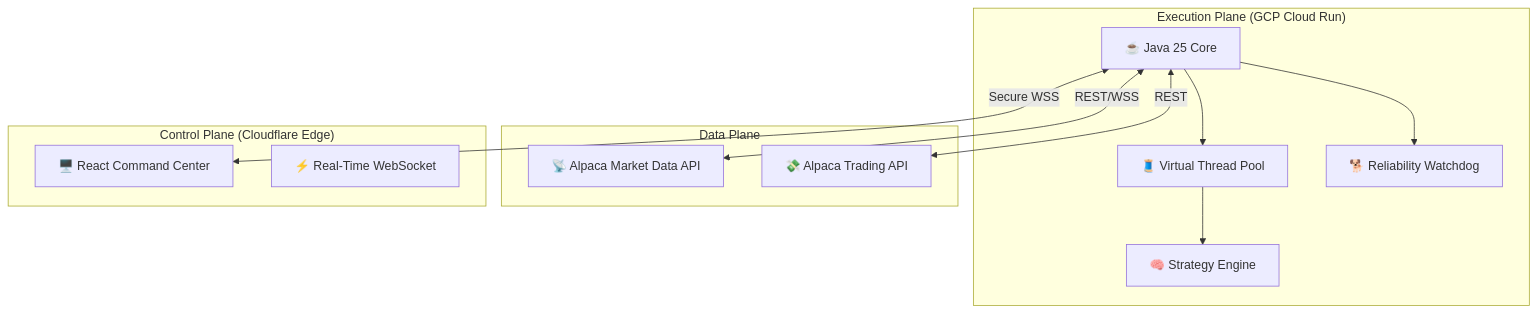
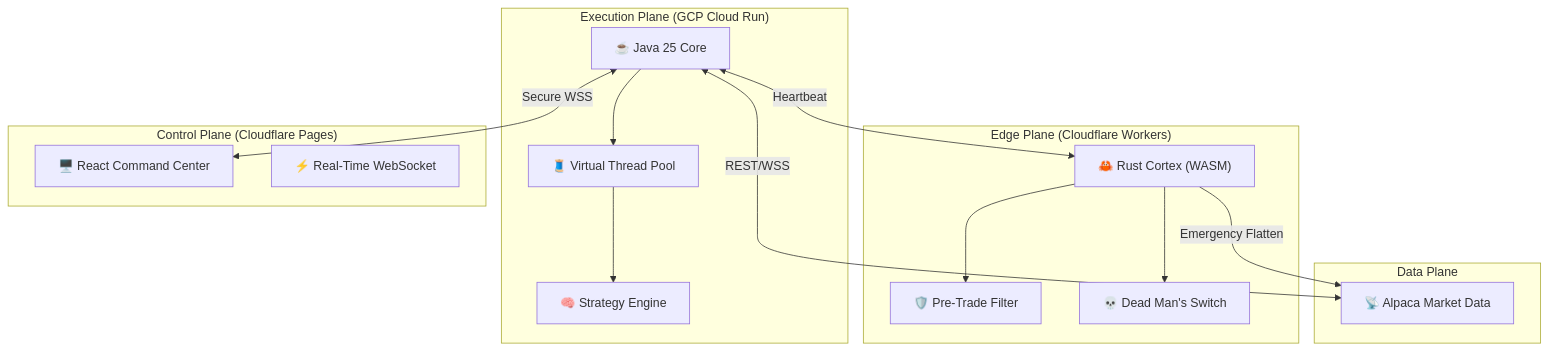
One commit to ip888/algo-trading-platform changed the diagram in README.md. Above: the diagram before and after it, drawn with Mermaid. The commit also changed other lines of this file, not shown here.

Commit message:
Docs: Add Rust Cortex architecture details

````diff
--- a/README.md
+++ b/README.md
@@ -18,27 +19,34 @@
 ```mermaid
 graph TD
     subgraph "Execution Plane (GCP Cloud Run)"
         JavaCore["☕ Java 25 Core"]
         VirtualThreads["🧵 Virtual Thread Pool"]
-        Watchdog["🐕 Reliability Watchdog"]
         Strategy["🧠 Strategy Engine"]
         
         JavaCore --> VirtualThreads
         VirtualThreads --> Strategy
-        JavaCore --> Watchdog
     end
 
-    subgraph "Data Plane"
-        AlpacaAPI["📡 Alpaca Market Data API"]
-        AlpacaTrade["💸 Alpaca Trading API"]
+    subgraph "Edge Plane (Cloudflare Workers)"
+        RustCortex["🦀 Rust Cortex (WASM)"]
+        EdgeFilter["🛡️ Pre-Trade Filter"]
+        DeadManSwitch["💀 Dead Man's Switch"]
+
+        RustCortex --> EdgeFilter
+        RustCortex --> DeadManSwitch
     end
 
-    subgraph "Control Plane (Cloudflare Edge)"
+    subgraph "Control Plane (Cloudflare Pages)"
         Dashboard["🖥️ React Command Center"]
         State["⚡ Real-Time WebSocket"]
     end
 
+    subgraph "Data Plane"
+        AlpacaAPI["📡 Alpaca Market Data"]
+    end
+
+    JavaCore <-->|Heartbeat| RustCortex
+    RustCortex -->|Emergency Flatten| AlpacaAPI
     JavaCore <-->|REST/WSS| AlpacaAPI
-    JavaCore <-->|REST| AlpacaTrade
     JavaCore <-->|Secure WSS| Dashboard
 ```
````
